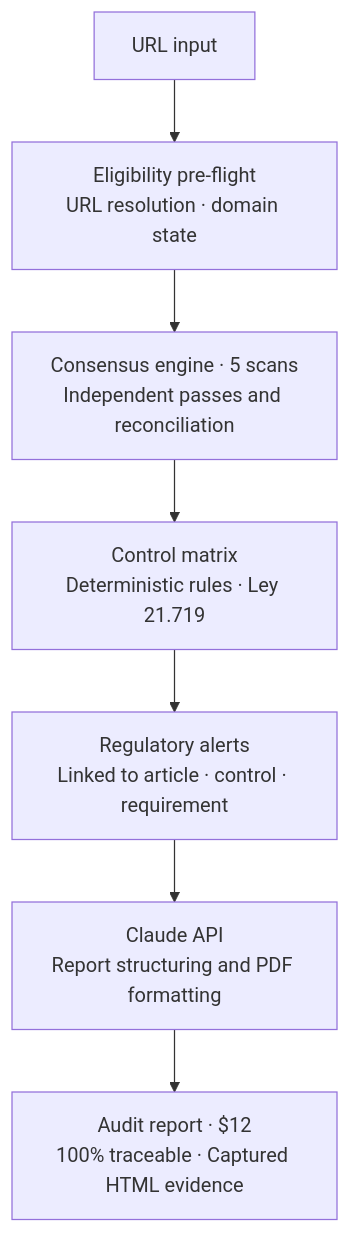
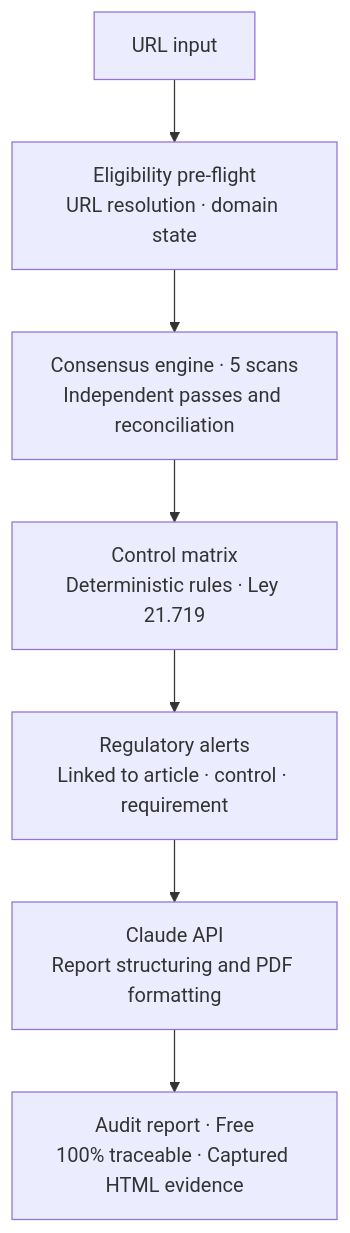
Before and after one commit to ibaifernandez/aglaya.biz: the first of 3 diagrams in src/content/proof/legal-reg-tech.md, drawn with Mermaid. The commit also changed other lines of this file, not shown here.

First line of the commit message:
fix(proof): update legal-reg-tech Scanner price from $12 to free (ADR-010)

````diff
--- a/src/content/proof/legal-reg-tech.md
+++ b/src/content/proof/legal-reg-tech.md
@@ -75,9 +75,9 @@
   ```mermaid
   flowchart TD
     A["URL input"] --> B["Eligibility pre-flight\nURL resolution · domain state"]
     B --> C["Consensus engine · 5 scans\nIndependent passes and reconciliation"]
     C --> D["Control matrix\nDeterministic rules · Ley 21.719"]
     D --> E["Regulatory alerts\nLinked to article · control · requirement"]
     E --> F["Claude API\nReport structuring and PDF formatting"]
-    F --> G["Audit report · $12\n100% traceable · Captured HTML evidence"]
+    F --> G["Audit report · Free\n100% traceable · Captured HTML evidence"]
   ```
````
